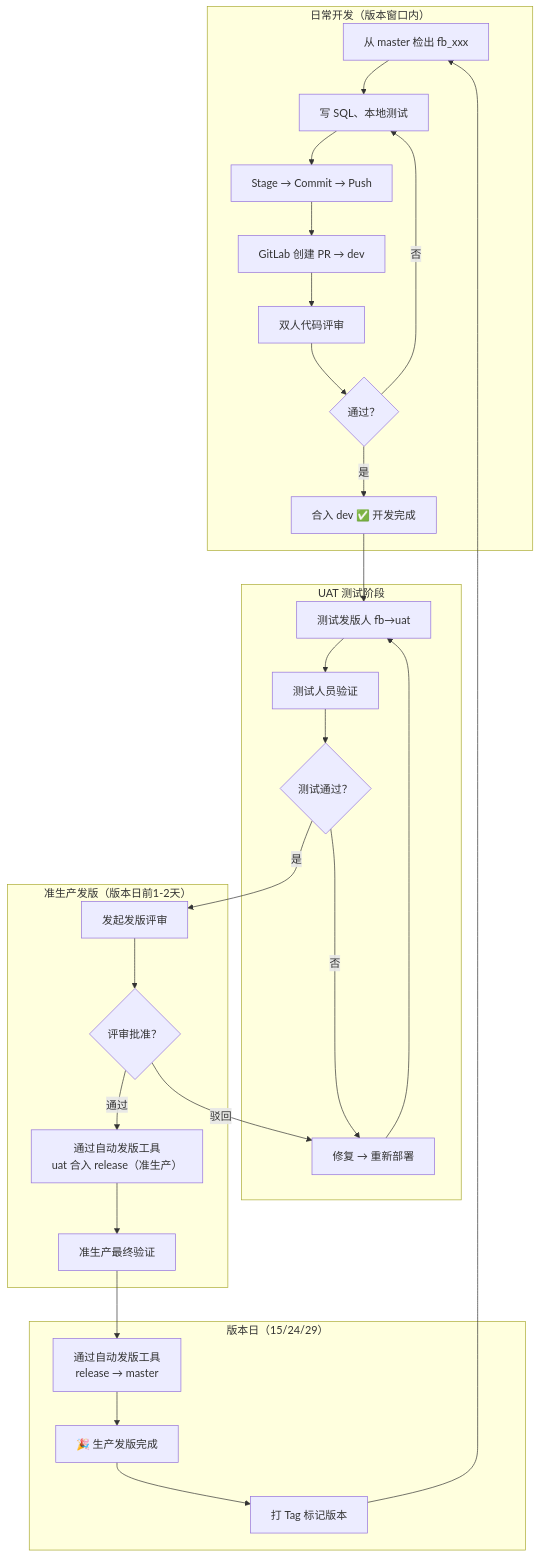
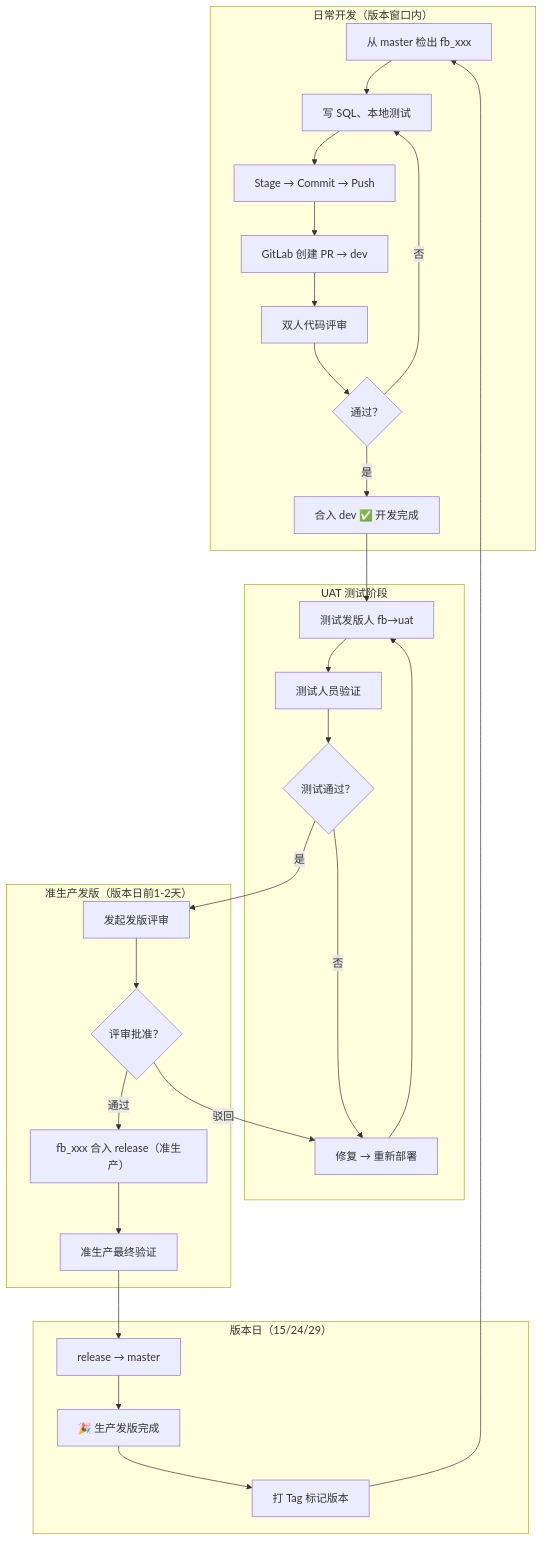
Diagram 19 of 19 in docs/learn/VSCodeEx/2026-07-11-vscode-git-guide.md (livebug/vpblogs), drawn with Mermaid before and after one commit. The commit also changed other lines of this file and 5 other files, not shown here.

First line of the commit message:
fix(docs,components): correct release flow and clean up code

````diff
--- a/docs/learn/VSCodeEx/2026-07-11-vscode-git-guide.md
+++ b/docs/learn/VSCodeEx/2026-07-11-vscode-git-guide.md
@@ -774,35 +774,35 @@
 ```mermaid
 flowchart TD
     subgraph "日常开发（版本窗口内）"
         A["从 master 检出 fb_xxx"] --> B["写 SQL、本地测试"]
         B --> C["Stage → Commit → Push"]
         C --> D["GitLab 创建 PR → dev"]
         D --> E["双人代码评审"]
         E --> F{"通过？"}
         F -->|"否"| B
         F -->|"是"| G["合入 dev ✅ 开发完成"]
     end
     
     subgraph "UAT 测试阶段"
         G --> H["测试发版人 fb→uat"]
         H --> I["测试人员验证"]
         I --> J{"测试通过？"}
         J -->|"否"| K["修复 → 重新部署"]
         K --> H
     end
     
     subgraph "准生产发版（版本日前1-2天）"
         J -->|"是"| L["发起发版评审"]
         L --> M{"评审批准？"}
         M -->|"驳回"| K
-        M -->|"通过"| N["通过自动发版工具<br/>uat 合入 release（准生产）"]
+        M -->|"通过"| N["fb_xxx 合入 release（准生产）"]
         N --> O["准生产最终验证"]
     end
     
     subgraph "版本日（15/24/29）"
-        O --> P["通过自动发版工具<br/>release → master"]
+        O --> P["release → master"]
         P --> Q["🎉 生产发版完成"]
         Q --> R["打 Tag 标记版本"]
         R --> A
     end
 ```
````
